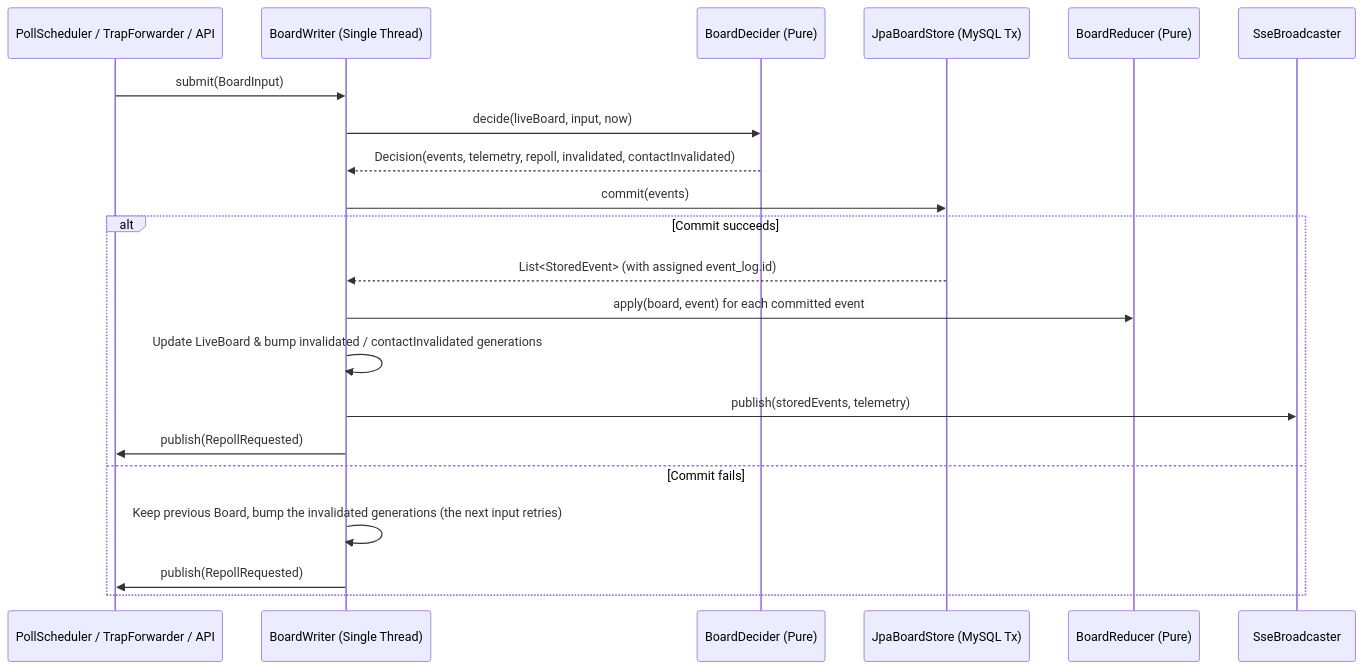
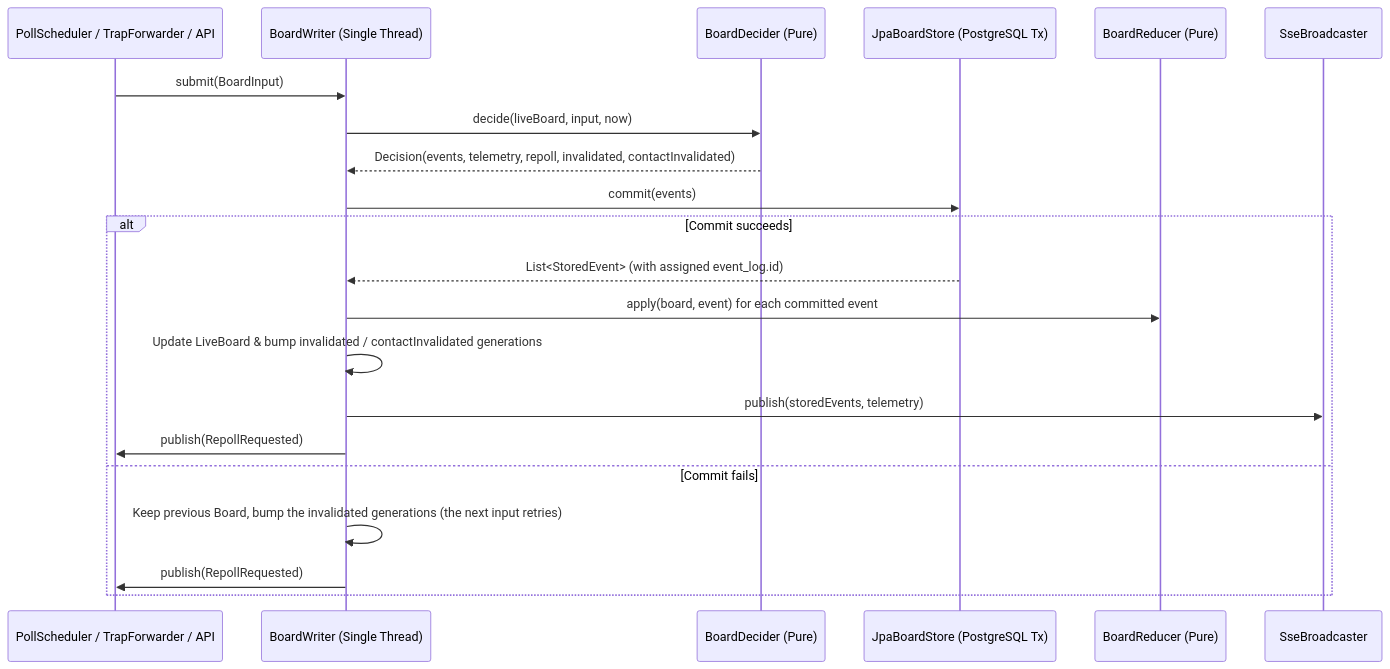
One commit to selvitopu/atm_superviser changed the fourth of 4 diagrams in docs/architecture.md. Above: the diagram before and after it, drawn with Mermaid. The commit also changed other lines of this file and 9 other files, not shown here.

First line of the commit message:
Describe the PostgreSQL and Liquibase persistence in the docs.

````diff
--- a/docs/architecture.md
+++ b/docs/architecture.md
@@ -135,24 +135,24 @@
 ```mermaid
 sequenceDiagram
     participant In as PollScheduler / TrapForwarder / API
     participant BW as BoardWriter (Single Thread)
     participant BD as BoardDecider (Pure)
-    participant DB as JpaBoardStore (MySQL Tx)
+    participant DB as JpaBoardStore (PostgreSQL Tx)
     participant BR as BoardReducer (Pure)
     participant SSE as SseBroadcaster
 
     In->>BW: submit(BoardInput)
     BW->>BD: decide(liveBoard, input, now)
     BD-->>BW: Decision(events, telemetry, repoll, invalidated, contactInvalidated)
     BW->>DB: commit(events)
     alt Commit succeeds
         DB-->>BW: List<StoredEvent> (with assigned event_log.id)
         BW->>BR: apply(board, event) for each committed event
         BW->>BW: Update LiveBoard & bump invalidated / contactInvalidated generations
         BW->>SSE: publish(storedEvents, telemetry)
         BW->>In: publish(RepollRequested)
     else Commit fails
         BW->>BW: Keep previous Board, bump the invalidated generations (the next input retries)
         BW->>In: publish(RepollRequested)
     end
 ```
````
